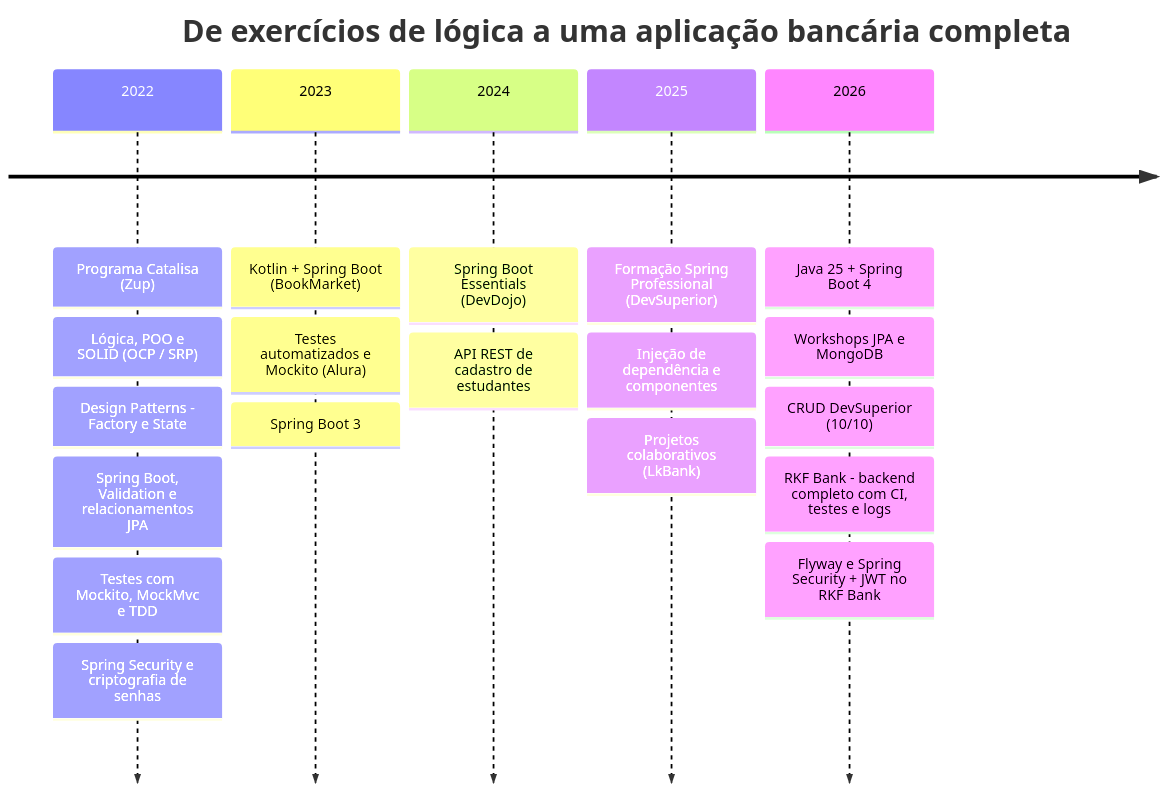
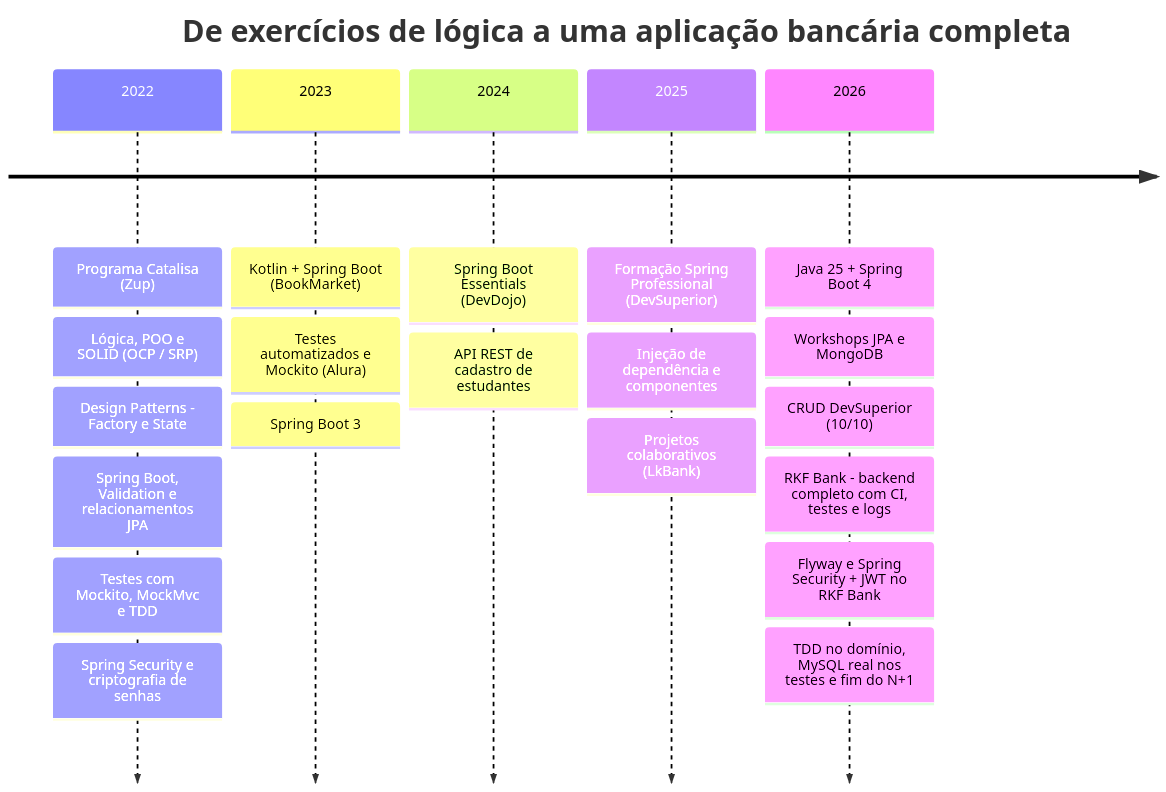
One commit to k3vinrich4rd/k3vinrich4rd changed the third of 22 diagrams in README.md. Above: the diagram before and after it, drawn with Mermaid. The commit also changed other lines of this file and 5 other files, not shown here.

````diff
--- a/README.md
+++ b/README.md
@@ -276,23 +275,24 @@
 ```mermaid
 timeline
     title De exercícios de lógica a uma aplicação bancária completa
     2022 : Programa Catalisa (Zup)
          : Lógica, POO e SOLID (OCP / SRP)
          : Design Patterns - Factory e State
          : Spring Boot, Validation e relacionamentos JPA
          : Testes com Mockito, MockMvc e TDD
          : Spring Security e criptografia de senhas
     2023 : Kotlin + Spring Boot (BookMarket)
          : Testes automatizados e Mockito (Alura)
          : Spring Boot 3
     2024 : Spring Boot Essentials (DevDojo)
          : API REST de cadastro de estudantes
     2025 : Formação Spring Professional (DevSuperior)
          : Injeção de dependência e componentes
          : Projetos colaborativos (LkBank)
     2026 : Java 25 + Spring Boot 4
          : Workshops JPA e MongoDB
          : CRUD DevSuperior (10/10)
          : RKF Bank - backend completo com CI, testes e logs
          : Flyway e Spring Security + JWT no RKF Bank
+         : TDD no domínio, MySQL real nos testes e fim do N+1
 ```
````
